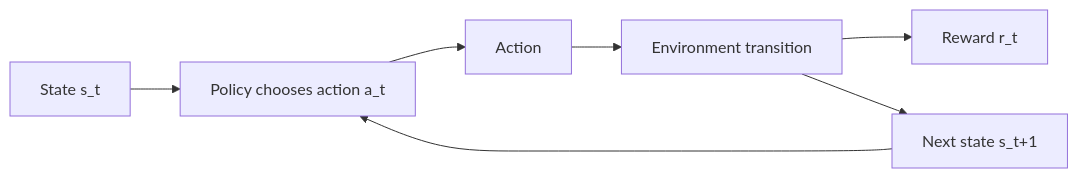
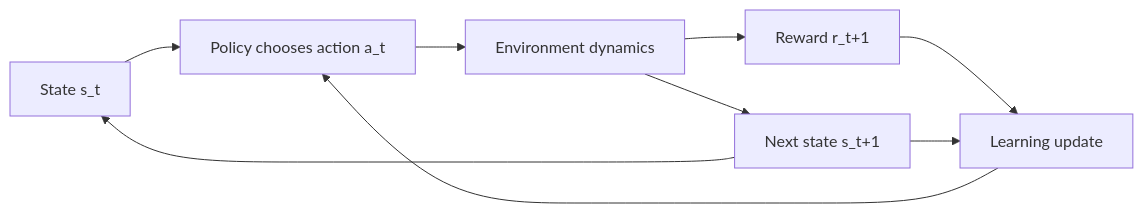
The first of 23 diagrams in 16_AI_and_GenAI/CH13_Reinforcement_Learning.md (joydasss/Architect), drawn with Mermaid before and after one commit. The commit also changed other lines of this file and 295 other files, not shown here.

````diff
--- a/16_AI_and_GenAI/CH13_Reinforcement_Learning.md
+++ b/16_AI_and_GenAI/CH13_Reinforcement_Learning.md
@@ -11,9 +67,11 @@
 ```mermaid
 flowchart LR
-    State[State s_t] --> Agent[Policy chooses action a_t]
-    Agent --> Action[Action]
-    Action --> Environment[Environment transition]
-    Environment --> Reward[Reward r_t]
-    Environment --> Next[Next state s_t+1]
-    Next --> Agent
+    S["State s_t"] --> P["Policy chooses action a_t"]
+    P --> E["Environment dynamics"]
+    E --> R["Reward r_t+1"]
+    E --> N["Next state s_t+1"]
+    R --> L["Learning update"]
+    N --> L
+    L --> P
+    N --> S
 ```
````
